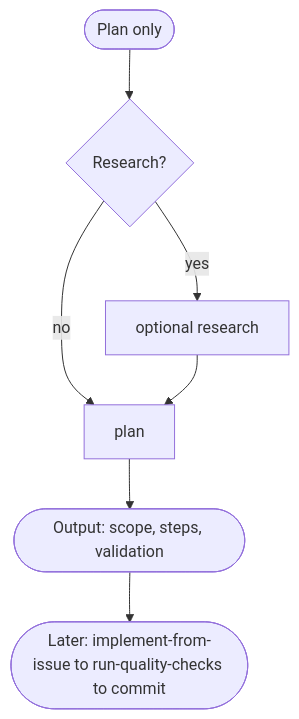
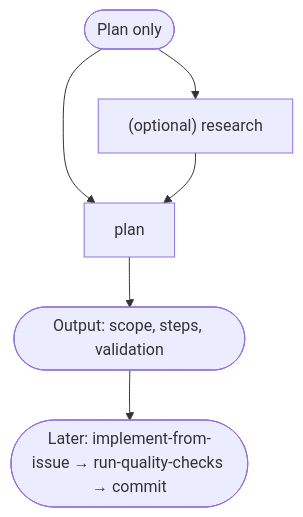
The third of 3 diagrams in docs/agentic-workflow.md (kalvi-ai/kalvi-library-template), drawn with Mermaid before and after one commit. The commit also changed other lines of this file, not shown here.

````diff
--- a/docs/agentic-workflow.md
+++ b/docs/agentic-workflow.md
@@ -62,9 +59,9 @@
 ```mermaid
 flowchart TD
-  Start([Plan only]) --> NeedResearch{Research?}
-  NeedResearch -->|yes| Research[optional research]
-  NeedResearch -->|no| Plan
-  Research --> Plan
-  Plan[plan] --> Out([Output: scope, steps, validation])
-  Out --> Later([Later: implement-from-issue to run-quality-checks to commit])
+    Plan[plan]
+    Start([Plan only]) --> Research["(optional) research"]
+    Start --> Plan
+    Research --> Plan
+    Plan --> Out([Output: scope, steps, validation])
+    Out --> Later([Later: implement-from-issue → run-quality-checks → commit])
 ```
````
